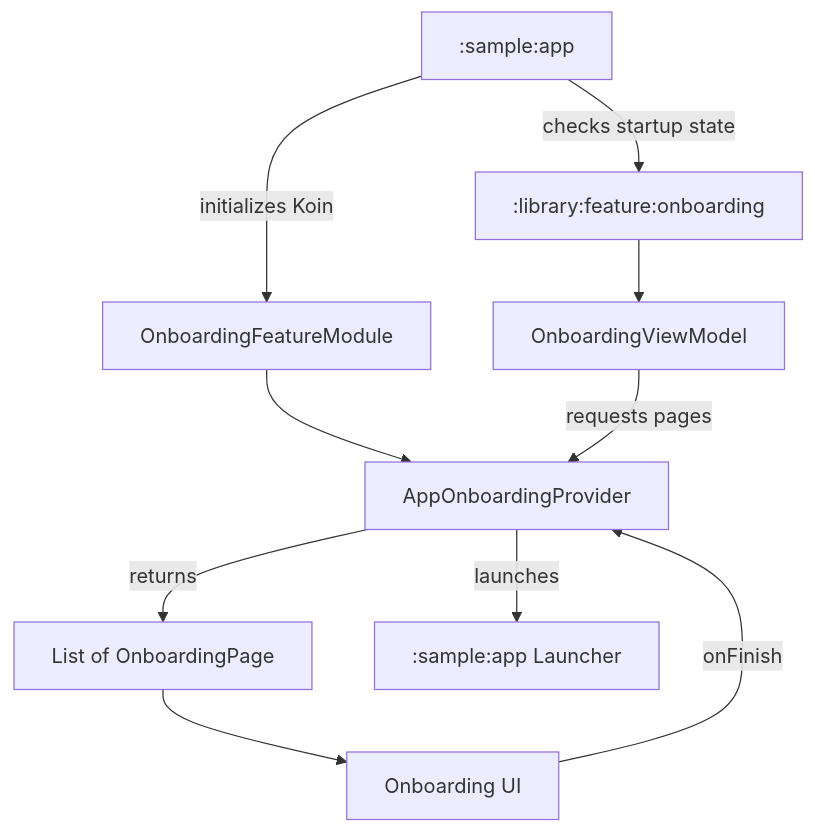
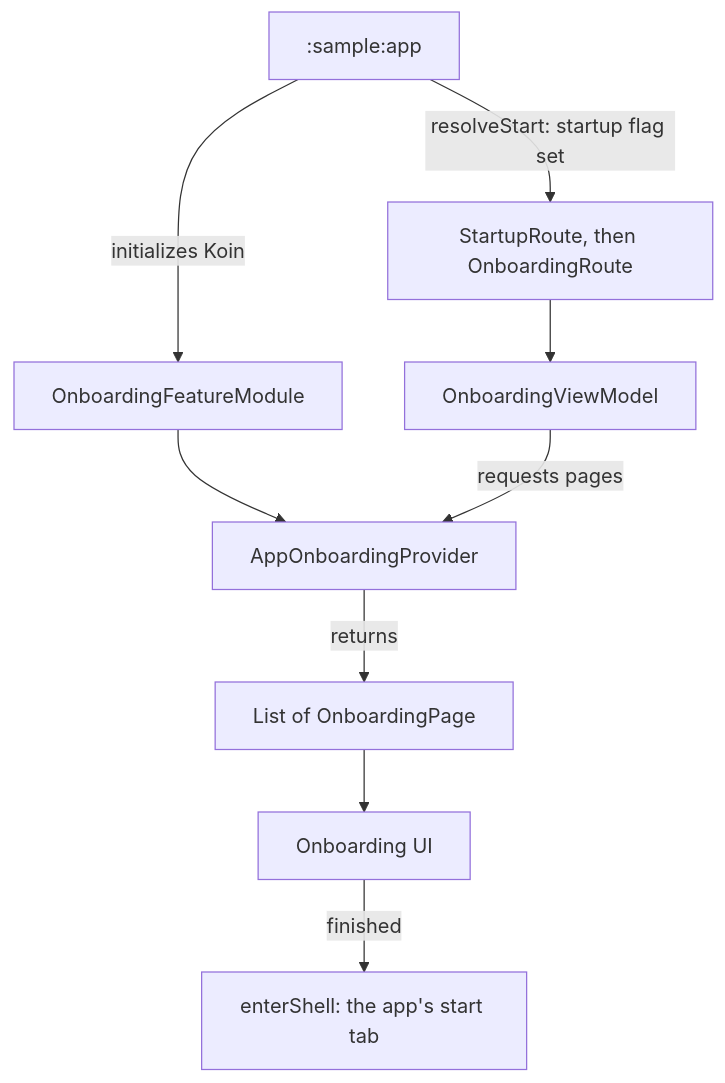
The diagram in sample/feature/onboarding/README.md (MihaiCristianCondrea/App-Toolkit-for-Android), drawn with Mermaid before and after one commit. The commit also changed other lines of this file and 84 other files, not shown here.

````diff
--- a/sample/feature/onboarding/README.md
+++ b/sample/feature/onboarding/README.md
@@ -29,12 +30,11 @@
 ```mermaid
 flowchart TD
     App[":sample:app"] -->|initializes Koin| Module[OnboardingFeatureModule]
     Module --> Provider[AppOnboardingProvider]
-    App -->|checks startup state| OnboardingActivity[":library:feature:onboarding"]
-    OnboardingActivity --> ViewModel[OnboardingViewModel]
+    App -->|resolveStart: startup flag set| Start[StartupRoute, then OnboardingRoute]
+    Start --> ViewModel[OnboardingViewModel]
     ViewModel -->|requests pages| Provider
     Provider -->|returns| Pages[List of OnboardingPage]
     Pages --> UI[Onboarding UI]
-    UI -->|onFinish| Provider
-    Provider -->|launches| MainActivity[":sample:app Launcher"]
+    UI -->|finished| Enter[enterShell: the app's start tab]
 ```
````
